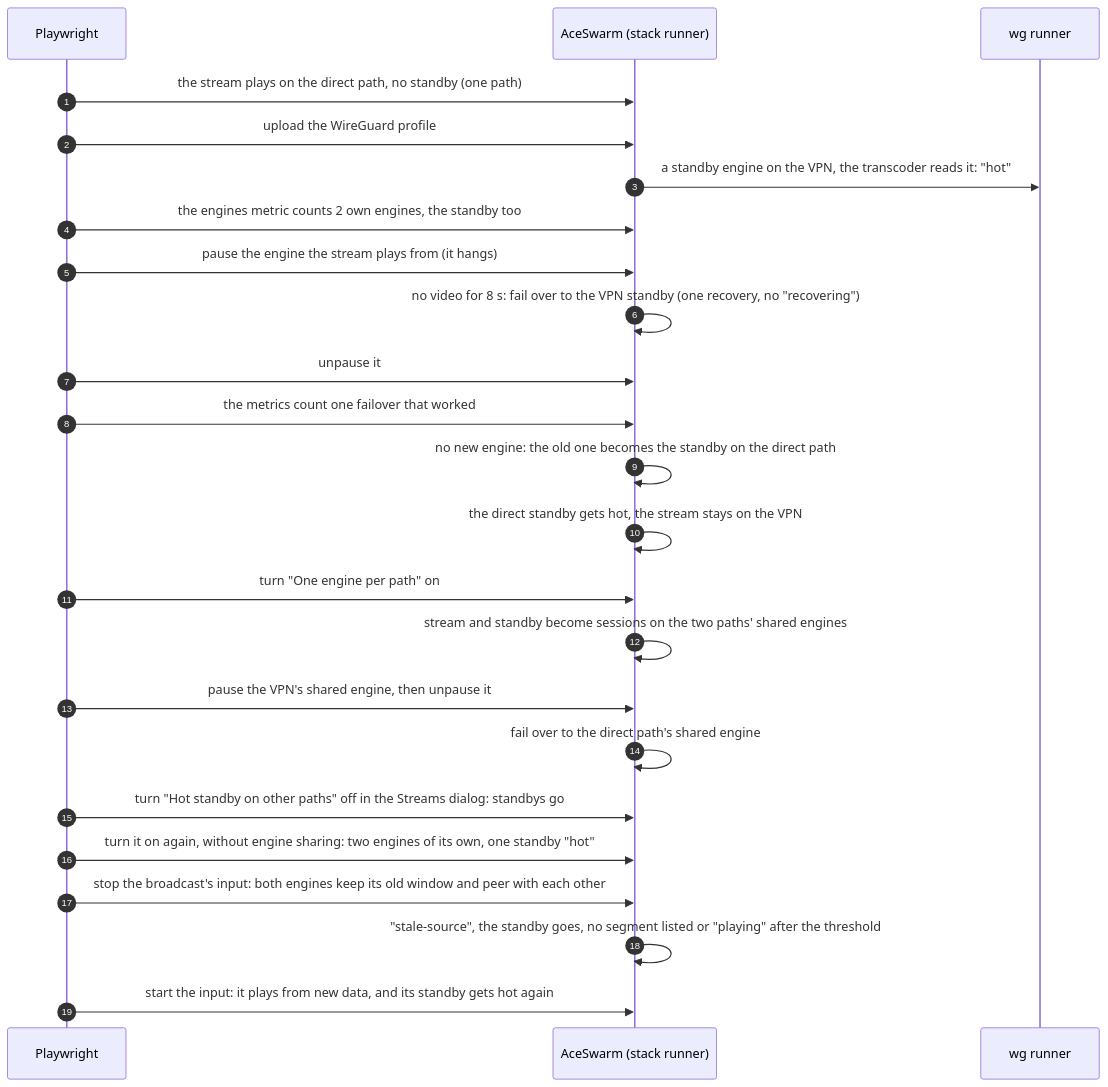
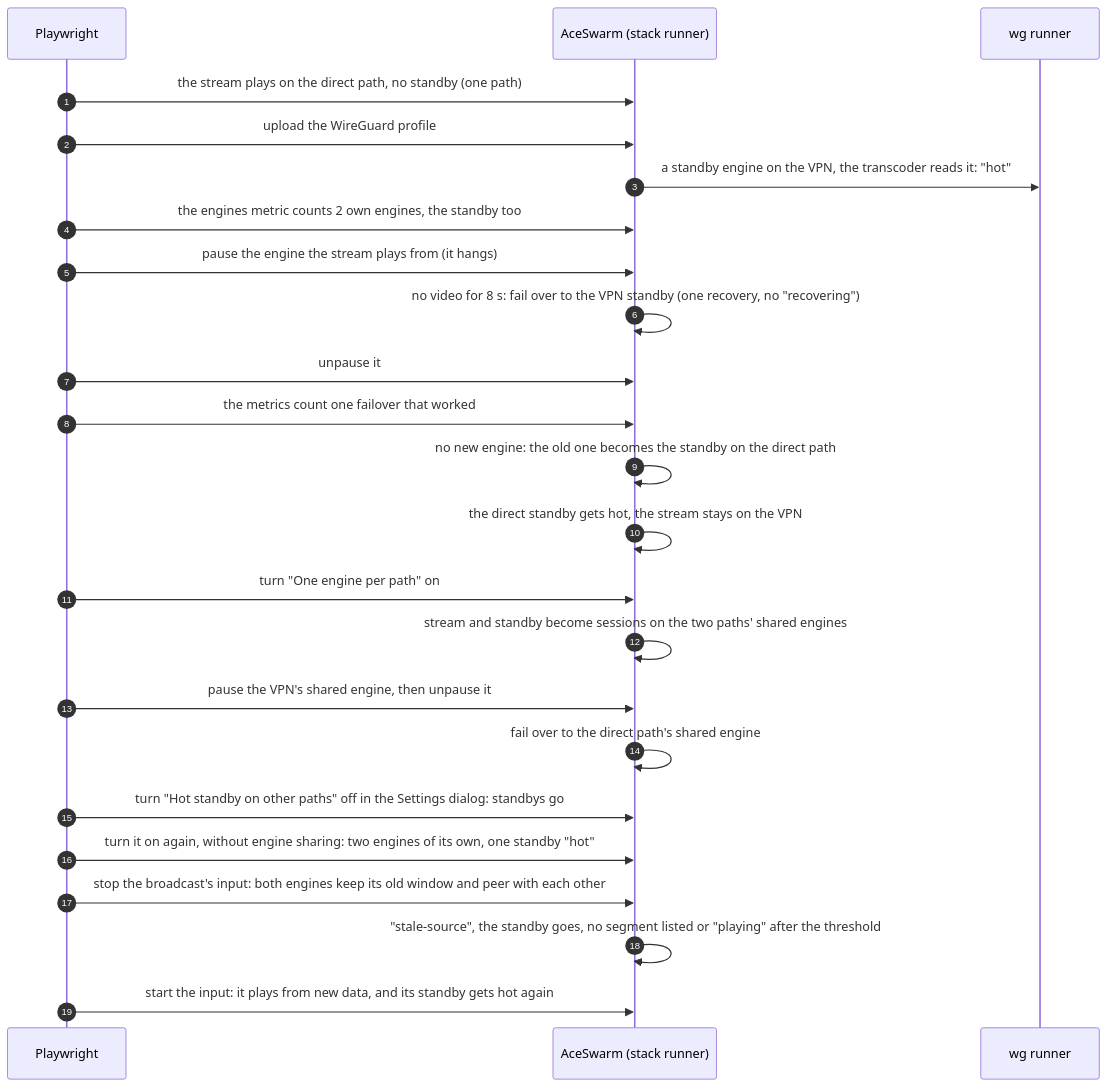
One commit to sergimn/AceSwarm changed diagram 13 of 14 in e2e/README.md. Above: the diagram before and after it, drawn with Mermaid. The commit also changed other lines of this file and 11 other files, not shown here.

First line of the commit message:
Move the preview, engine sharing and hot standby settings to Settings at the bottom of the rail (#59)

````diff
--- a/e2e/README.md
+++ b/e2e/README.md
@@ -357,26 +357,26 @@
 ```mermaid
 sequenceDiagram
   autonumber
   participant T as Playwright
   participant AS as AceSwarm (stack runner)
   participant WG as wg runner
   T->>AS: the stream plays on the direct path, no standby (one path)
   T->>AS: upload the WireGuard profile
   AS->>WG: a standby engine on the VPN, the transcoder reads it: "hot"
   T->>AS: the engines metric counts 2 own engines, the standby too
   T->>AS: pause the engine the stream plays from (it hangs)
   AS->>AS: no video for 8 s: fail over to the VPN standby (one recovery, no "recovering")
   T->>AS: unpause it
   T->>AS: the metrics count one failover that worked
   AS->>AS: no new engine: the old one becomes the standby on the direct path
   AS->>AS: the direct standby gets hot, the stream stays on the VPN
   T->>AS: turn "One engine per path" on
   AS->>AS: stream and standby become sessions on the two paths' shared engines
   T->>AS: pause the VPN's shared engine, then unpause it
   AS->>AS: fail over to the direct path's shared engine
-  T->>AS: turn "Hot standby on other paths" off in the Streams dialog: standbys go
+  T->>AS: turn "Hot standby on other paths" off in the Settings dialog: standbys go
   T->>AS: turn it on again, without engine sharing: two engines of its own, one standby "hot"
   T->>AS: stop the broadcast's input: both engines keep its old window and peer with each other
   AS->>AS: "stale-source", the standby goes, no segment listed or "playing" after the threshold
   T->>AS: start the input: it plays from new data, and its standby gets hot again
 ```
````
